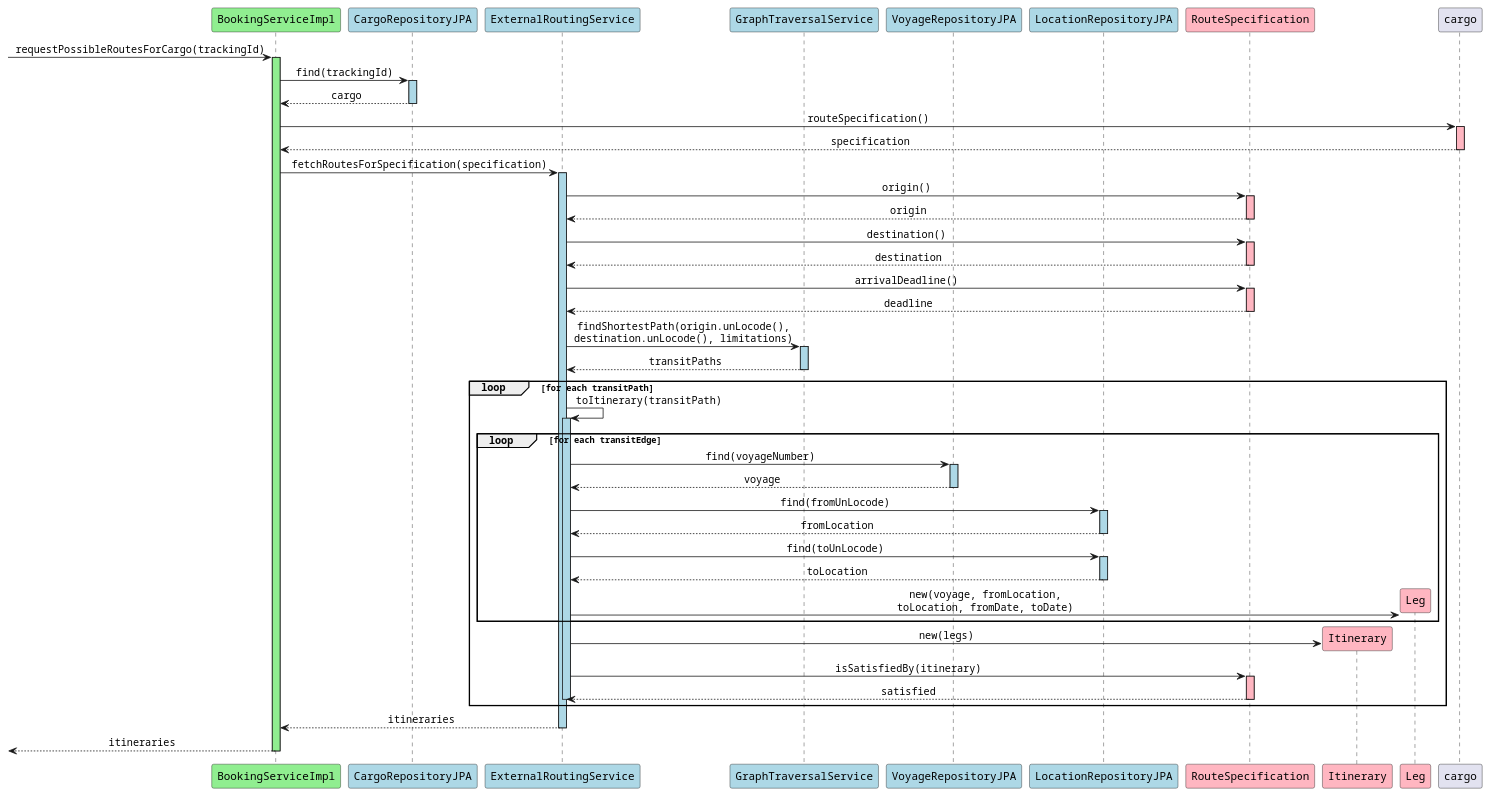
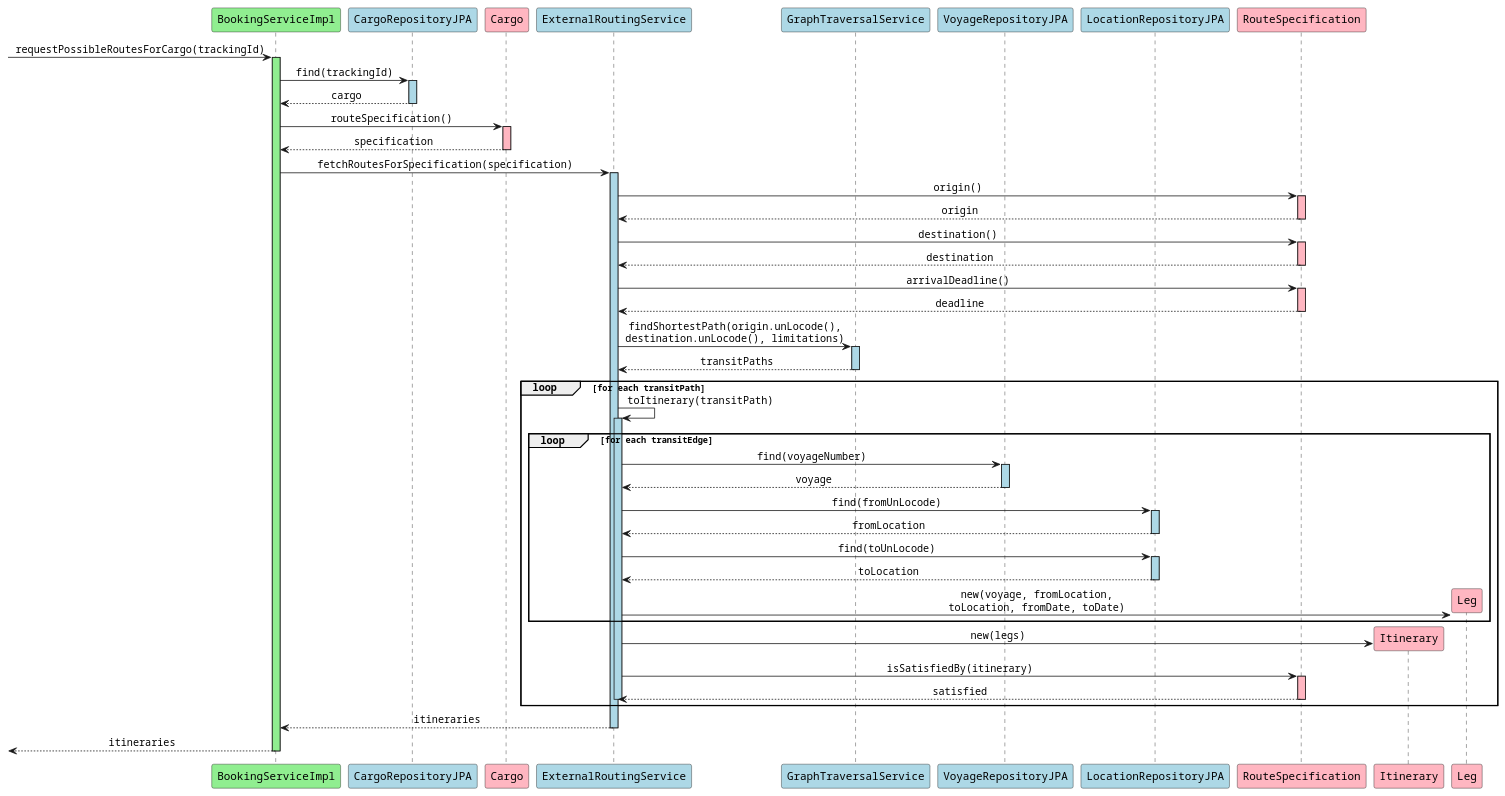
One commit to aowss/dddsample-core changed the diagram in diagrams/BookingServiceImpl_requestPossibleRoutesForCargo.puml. Above: the diagram before and after it, drawn with PlantUML. The commit also changed 465 other files, not shown here.

```diff
--- a/diagrams/BookingServiceImpl_requestPossibleRoutesForCargo.puml
+++ b/diagrams/BookingServiceImpl_requestPossibleRoutesForCargo.puml
@@ -1,92 +1,93 @@
 @startuml
 skinparam monochrome false
 skinparam defaultFontName Courier
 skinparam sequenceMessageAlign center
 
 participant "BookingServiceImpl" as bs #lightgreen
 participant "CargoRepositoryJPA" as cr #lightblue
+participant "Cargo" as c #lightpink
 participant "ExternalRoutingService" as rs #lightblue
 participant "GraphTraversalService" as gts #lightblue
 participant "VoyageRepositoryJPA" as vr #lightblue
 participant "LocationRepositoryJPA" as lr #lightblue
 participant "RouteSpecification" as rspec #lightpink
 participant "Itinerary" as itin #lightpink
 participant "Leg" as leg #lightpink
 
 [-> bs: requestPossibleRoutesForCargo(trackingId)
 activate bs #lightgreen
 
 bs -> cr: find(trackingId)
 activate cr #lightblue
 cr --> bs: cargo
 deactivate cr
 
-bs -> cargo: routeSpecification()
-activate cargo #lightpink
-cargo --> bs: specification
-deactivate cargo
+bs -> c: routeSpecification()
+activate c #lightpink
+c --> bs: specification
+deactivate c
 
 bs -> rs: fetchRoutesForSpecification(specification)
 activate rs #lightblue
 
 rs -> rspec: origin()
 activate rspec #lightpink
 rspec --> rs: origin
 deactivate rspec
 
 rs -> rspec: destination()
 activate rspec #lightpink
 rspec --> rs: destination
 deactivate rspec
 
 rs -> rspec: arrivalDeadline()
 activate rspec #lightpink
 rspec --> rs: deadline
 deactivate rspec
 
 rs -> gts: findShortestPath(origin.unLocode(),\ndestination.unLocode(), limitations)
 activate gts #lightblue
 gts --> rs: transitPaths
 deactivate gts
 
 loop for each transitPath
     rs -> rs: toItinerary(transitPath)
     activate rs #lightblue
     
     loop for each transitEdge
         rs -> vr: find(voyageNumber)
         activate vr #lightblue
         vr --> rs: voyage
         deactivate vr
 
         rs -> lr: find(fromUnLocode)
         activate lr #lightblue
         lr --> rs: fromLocation
         deactivate lr
 
         rs -> lr: find(toUnLocode)
         activate lr #lightblue
         lr --> rs: toLocation
         deactivate lr
 
         create leg
         rs -> leg: new(voyage, fromLocation,\ntoLocation, fromDate, toDate)
     end
 
     create itin
     rs -> itin: new(legs)
     
     rs -> rspec: isSatisfiedBy(itinerary)
     activate rspec #lightpink
     rspec --> rs: satisfied
     deactivate rspec
     deactivate rs
 end
 
 rs --> bs: itineraries
 deactivate rs
 
 [<-- bs: itineraries
 deactivate bs
 
 @enduml 
```
